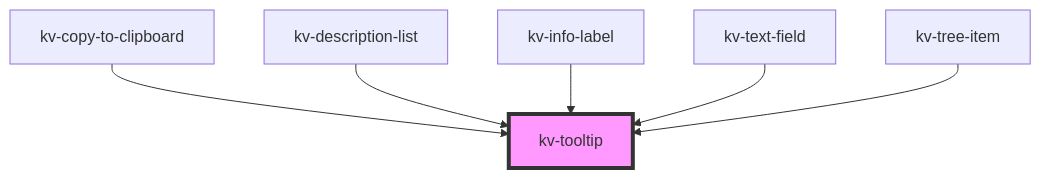
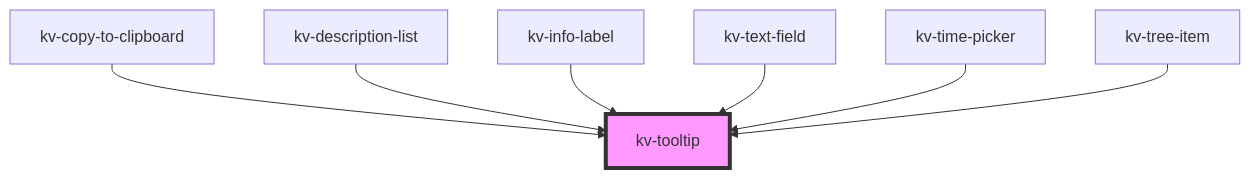
The diagram in packages/ui-components/src/components/tooltip/readme.md (kelvininc/ui-components), drawn with Mermaid before and after one commit. The commit also changed other lines of this file and 81 other files, not shown here.

Commit message:
feat(time-range): add new time range picker component

````diff
--- a/packages/ui-components/src/components/tooltip/readme.md
+++ b/packages/ui-components/src/components/tooltip/readme.md
@@ -97,9 +98,10 @@
 ```mermaid
 graph TD;
   kv-copy-to-clipboard --> kv-tooltip
   kv-description-list --> kv-tooltip
   kv-info-label --> kv-tooltip
   kv-text-field --> kv-tooltip
+  kv-time-picker --> kv-tooltip
   kv-tree-item --> kv-tooltip
   style kv-tooltip fill:#f9f,stroke:#333,stroke-width:4px
 ```
````
